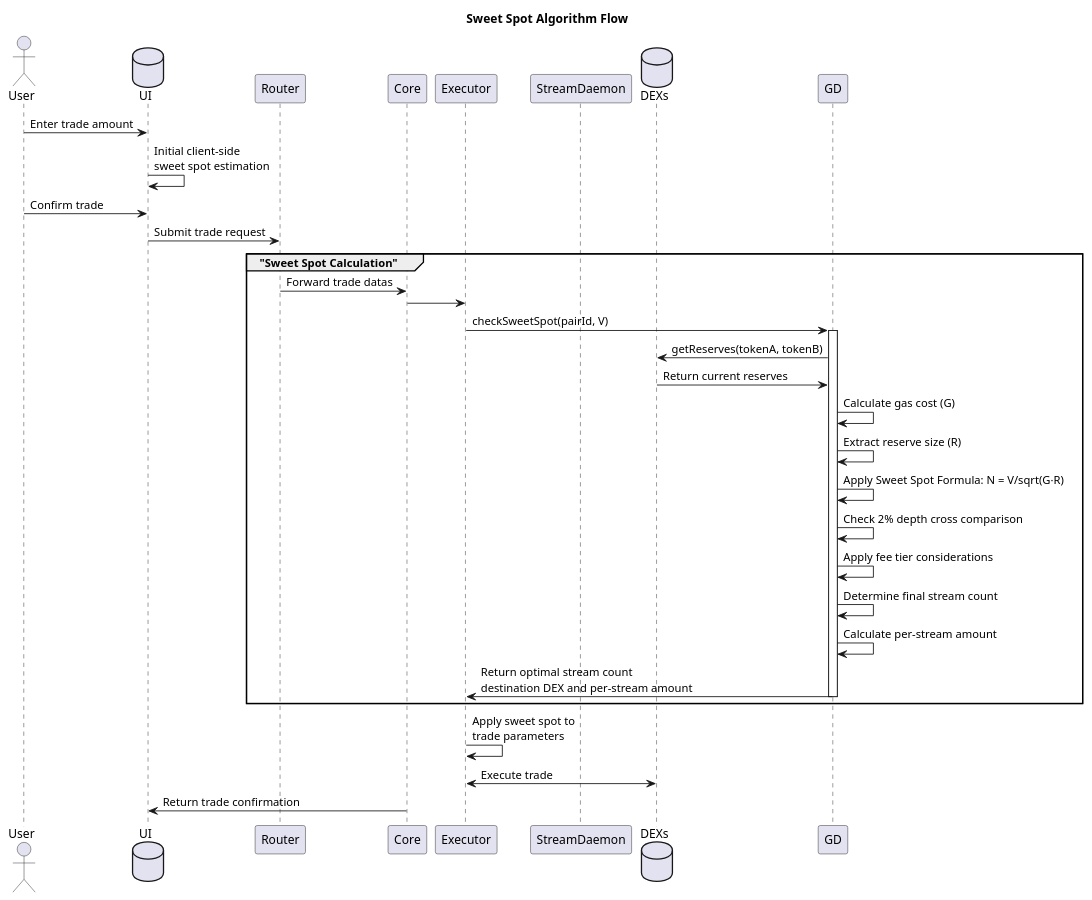
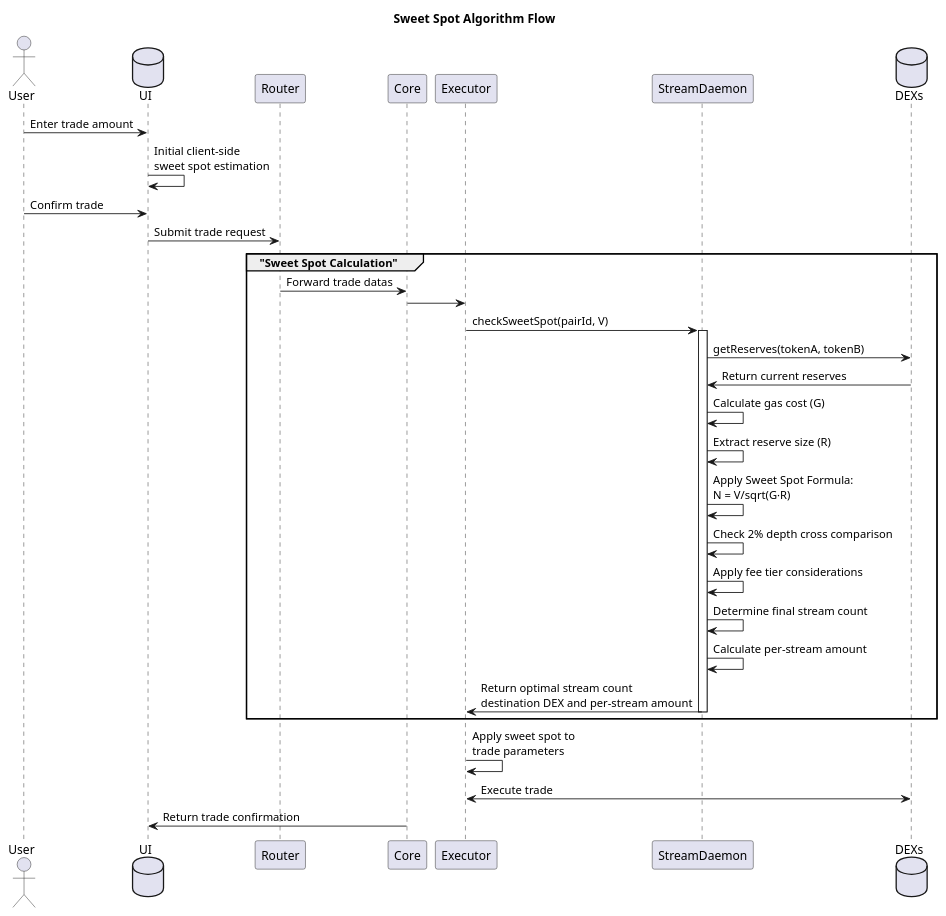
Before and after one commit to 1SLiquidity/core: the diagram in diagrams/flows/utils-sweet-spot-algo.puml, drawn with PlantUML. The commit also changed 4 other files, not shown here.

```diff
--- a/diagrams/flows/utils-sweet-spot-algo.puml
+++ b/diagrams/flows/utils-sweet-spot-algo.puml
@@ -1,43 +1,41 @@
 @startuml SweetSpotAlgorithm
 title Sweet Spot Algorithm Flow
 
 actor User
 database "UI" as UI
 participant "Router" as R
 participant "Core" as C
 participant "Executor" as E
-participant "StreamDaemon" as SD
+participant "StreamDaemon" as GD
 database "DEXs" as DEX
 
-' == Trade Input & Sweet Spot Calculation ==
 User -> UI: Enter trade amount
 UI -> UI: Initial client-side\nsweet spot estimation
 User -> UI: Confirm trade
 UI -> R: Submit trade request
 
 group "Sweet Spot Calculation"
   R -> C: Forward trade datas
   C -> E: 
   E -> GD: checkSweetSpot(pairId, V)
   activate GD
   
   GD -> DEX: getReserves(tokenA, tokenB)
   DEX -> GD: Return current reserves
   GD -> GD: Calculate gas cost (G)
   GD -> GD: Extract reserve size (R)
-  GD -> GD: Apply Sweet Spot Formula: N = V/sqrt(G·R)
+  GD -> GD: Apply Sweet Spot Formula:\nN = V/sqrt(G·R)
   GD -> GD: Check 2% depth cross comparison
   GD -> GD: Apply fee tier considerations
   GD -> GD: Determine final stream count
   GD -> GD: Calculate per-stream amount
   
   GD -> E: Return optimal stream count\ndestination DEX and per-stream amount
   deactivate GD
 end
 
-' == Apply Sweet Spot to Trade ==
 E -> E: Apply sweet spot to\ntrade parameters
 E <-> DEX: Execute trade
 C -> UI: Return trade confirmation
 
 @enduml
```
